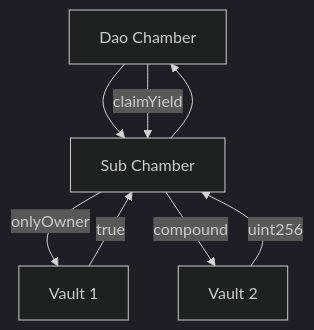
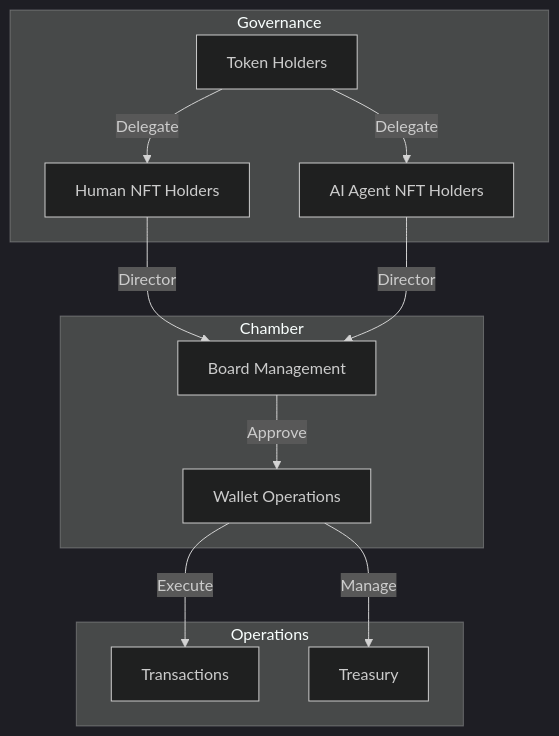
The diagram in README.md (loreum-org/loreum-contracts), drawn with Mermaid (dark theme) before and after one commit. The commit also changed other lines of this file and 19 other files, not shown here.

````diff
--- a/README.md
+++ b/README.md
@@ -24,10 +39,23 @@
 ```mermaid
-  graph TD;
-      A[Dao Chamber]-->B[Sub Chamber];
-      A[Dao Chamber]-->|claimYield|B[Sub Chamber];
-      C[Vault 1]-->|true|B;
-      D[Vault 2]-->|uint256|B;
-      B-->|onlyOwner|C;
-      B-->A;
-      B-->|compound|D;
+  graph TD
+  subgraph Chamber
+  B[Board Management]
+  W[Wallet Operations]
+  end
+  subgraph Governance
+  H[Human NFT Holders]
+  A[AI Agent NFT Holders]
+  T[Token Holders]
+  end
+  subgraph Operations
+  TX[Transactions]
+  TR[Treasury]
+  end
+  T -->|Delegate| H
+  T -->|Delegate| A
+  H -->|Director| B
+  A -->|Director| B
+  B -->|Approve| W
+  W -->|Execute| TX
+  W -->|Manage| TR
 ```
````
